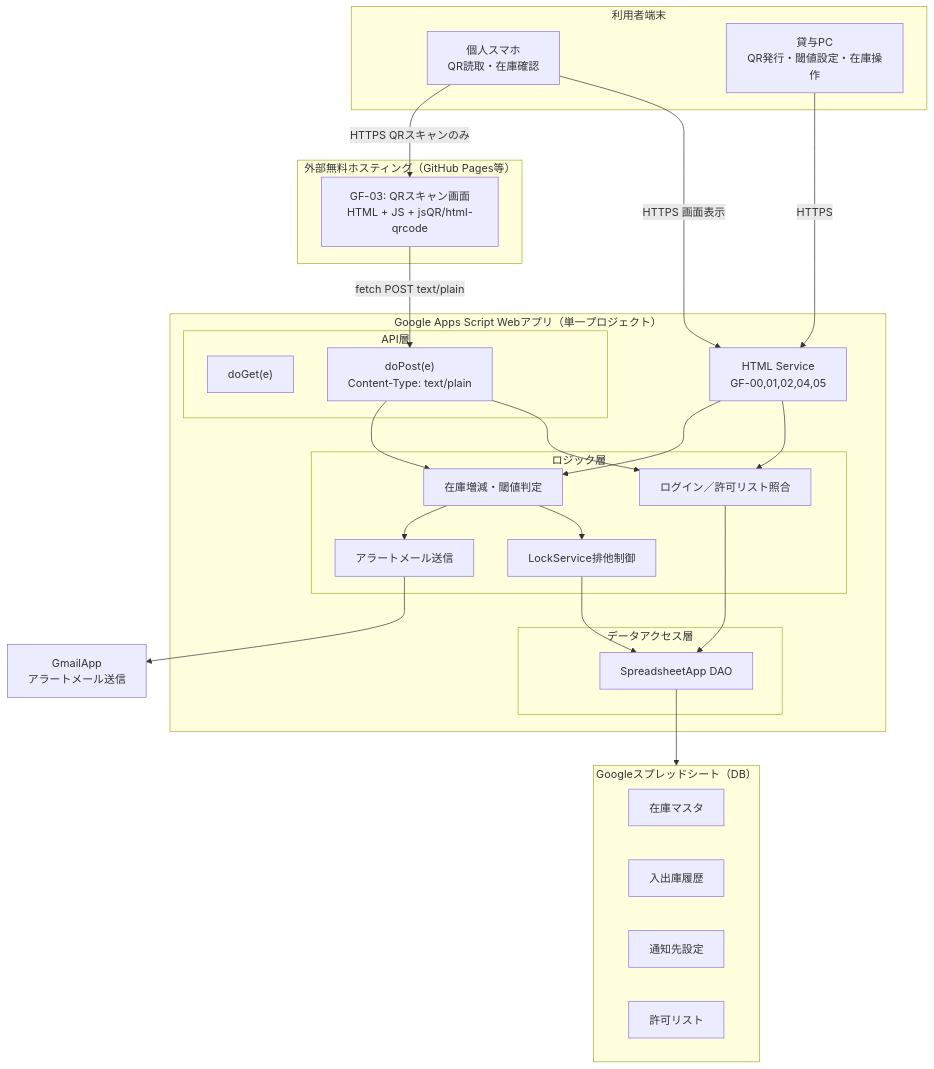
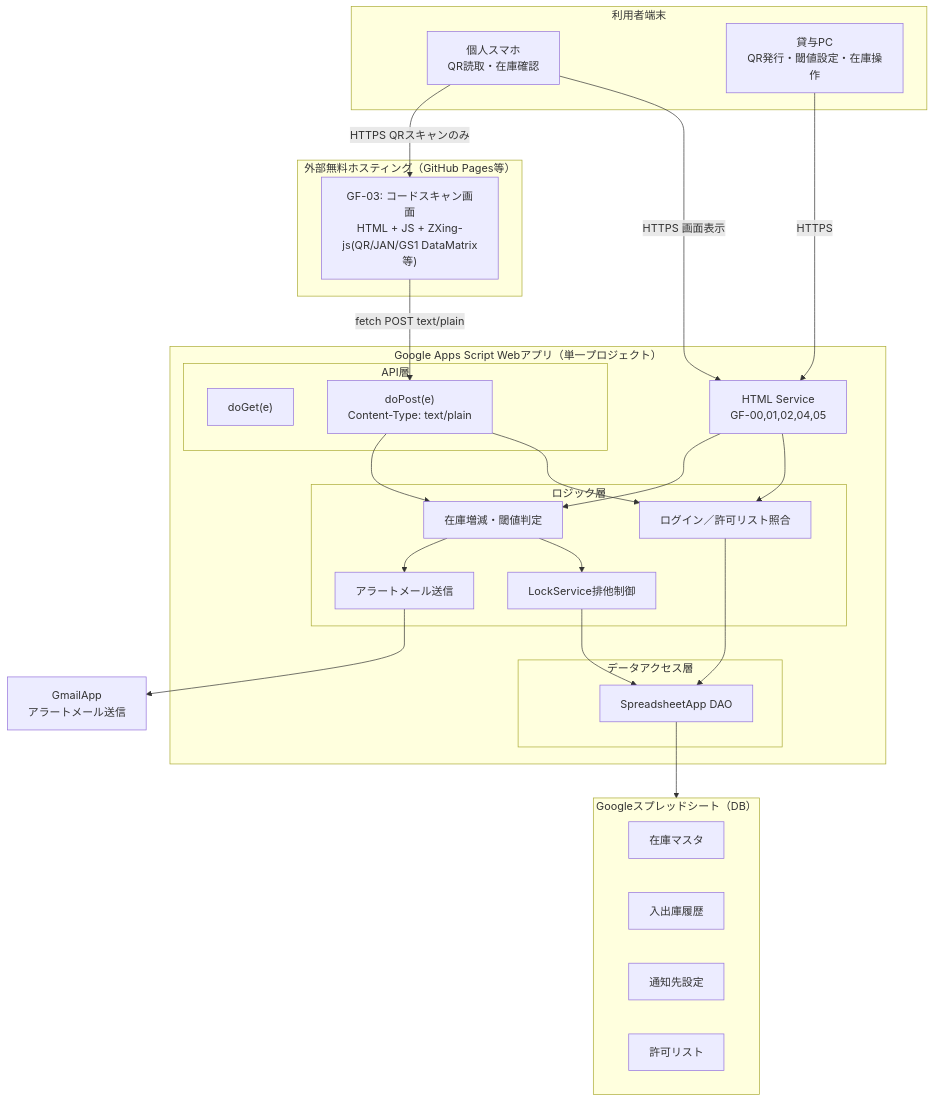
One commit to shinichi-yoshida-16/inventory_system changed the diagram in docs/architecture/overview.md. Above: the diagram before and after it, drawn with Mermaid. The commit also changed other lines of this file and 6 other files, not shown here.

````diff
--- a/docs/architecture/overview.md
+++ b/docs/architecture/overview.md
@@ -15,52 +15,52 @@
 ```mermaid
 graph TB
     subgraph Client["利用者端末"]
         Phone["個人スマホ<br/>QR読取・在庫確認"]
         PC["貸与PC<br/>QR発行・閾値設定・在庫操作"]
     end
  
     subgraph ExtHost["外部無料ホスティング（GitHub Pages等）"]
-        GF03["GF-03: QRスキャン画面<br/>HTML + JS + jsQR/html-qrcode"]
+        GF03["GF-03: コードスキャン画面<br/>HTML + JS + ZXing-js(QR/JAN/GS1 DataMatrix等)"]
     end
  
     subgraph GAS["Google Apps Script Webアプリ（単一プロジェクト）"]
         subgraph API層
             DoGet["doGet(e)"]
             DoPost["doPost(e)<br/>Content-Type: text/plain"]
         end
         subgraph ロジック層
             LoginLogic["ログイン／許可リスト照合"]
             InvLogic["在庫増減・閾値判定"]
             AlertLogic["アラートメール送信"]
             LockLogic["LockService排他制御"]
         end
         subgraph データアクセス層
             SheetDAO["SpreadsheetApp DAO"]
         end
         HtmlSvc["HTML Service<br/>GF-00,01,02,04,05"]
     end
  
     subgraph GoogleSS["Googleスプレッドシート（DB）"]
         M1["在庫マスタ"]
         M2["入出庫履歴"]
         M3["通知先設定"]
         M4["許可リスト"]
     end
  
     Gmail["GmailApp<br/>アラートメール送信"]
  
     PC -->|HTTPS| HtmlSvc
     Phone -->|HTTPS 画面表示| HtmlSvc
     Phone -->|HTTPS QRスキャンのみ| GF03
     GF03 -->|fetch POST text/plain| DoPost
     HtmlSvc --> LoginLogic
     HtmlSvc --> InvLogic
     DoPost --> LoginLogic
     DoPost --> InvLogic
     LoginLogic --> SheetDAO
     InvLogic --> LockLogic
     LockLogic --> SheetDAO
     InvLogic --> AlertLogic
     AlertLogic --> Gmail
     SheetDAO --> GoogleSS
 ```
````
